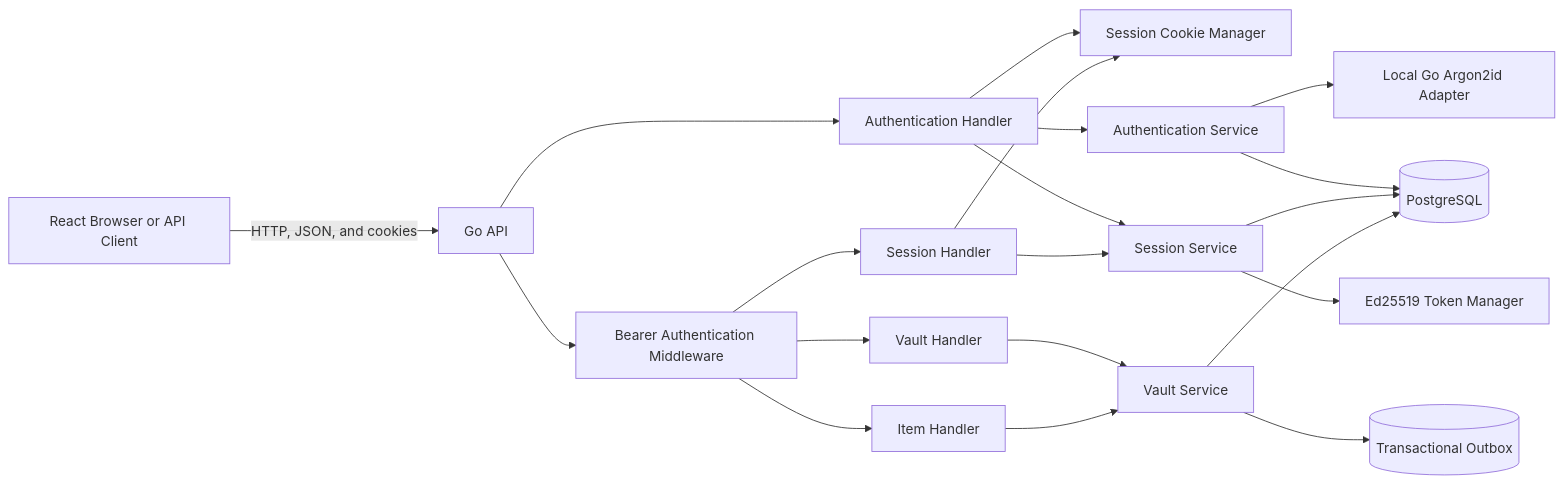
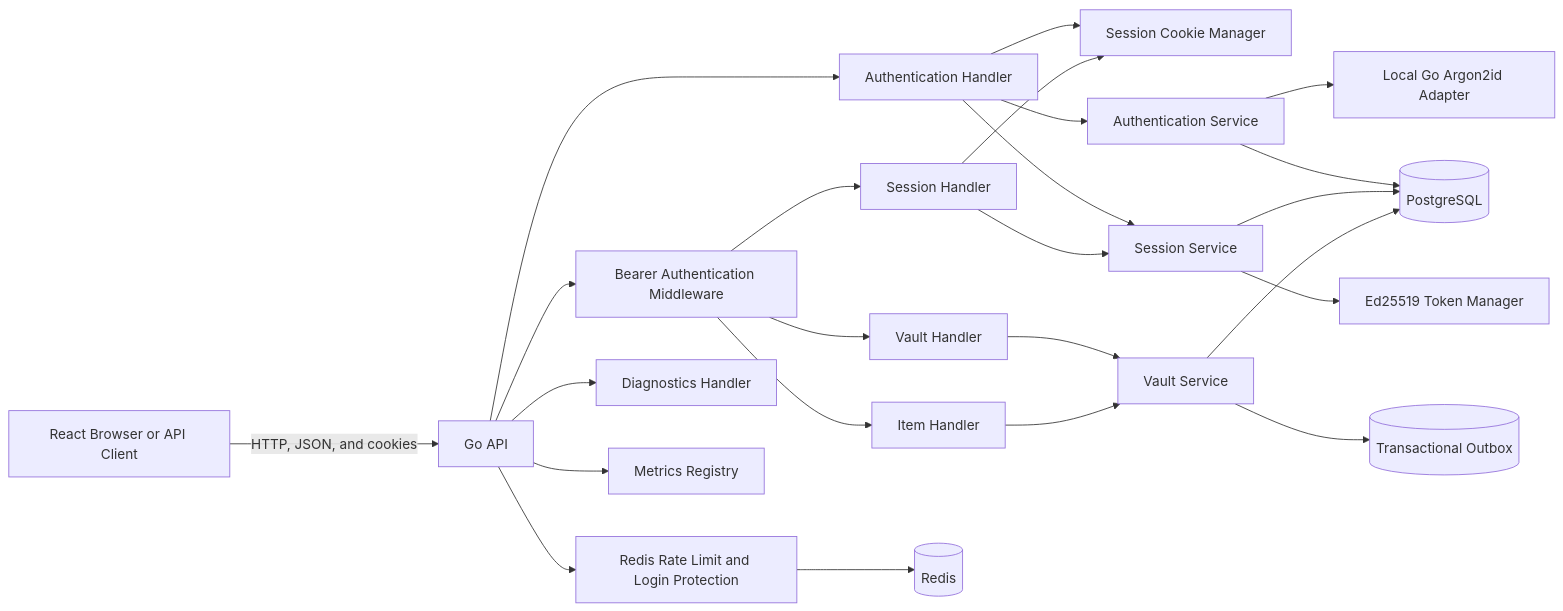
The first of 7 diagrams in docs/architecture.md (martinrgarciap/vaultforge), drawn with Mermaid before and after one commit. The commit also changed other lines of this file and 4 other files, not shown here.

Commit message:
Document Redis reliability and diagnostics

````diff
--- a/docs/architecture.md
+++ b/docs/architecture.md
@@ -20,38 +20,46 @@
 ```mermaid
 flowchart LR
     C[React Browser or API Client]
     A[Go API]
     AH[Authentication Handler]
     SC[Session Cookie Manager]
     SH[Session Handler]
     VH[Vault Handler]
     IH[Item Handler]
     M[Bearer Authentication Middleware]
+    RL[Redis Rate Limit and Login Protection]
     AS[Authentication Service]
     SS[Session Service]
     VS[Vault Service]
     H[Local Go Argon2id Adapter]
     T[Ed25519 Token Manager]
     P[(PostgreSQL)]
+    R[(Redis)]
     O[(Transactional Outbox)]
+    D[Diagnostics Handler]
+    MX[Metrics Registry]
 
     C -->|HTTP, JSON, and cookies| A
+    A --> MX
+    A --> D
     A --> AH
     A --> M
+    A --> RL
     M --> SH
     M --> VH
     M --> IH
     AH --> SC
     SH --> SC
     AH --> AS
     AH --> SS
     SH --> SS
     VH --> VS
     IH --> VS
     AS --> H
     SS --> T
     AS --> P
     SS --> P
     VS --> P
     VS --> O
+    RL --> R
 ```
````
